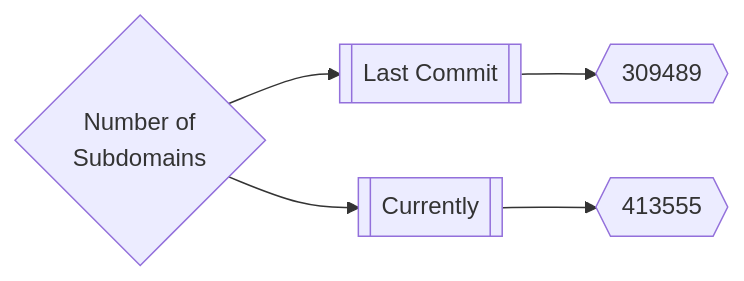
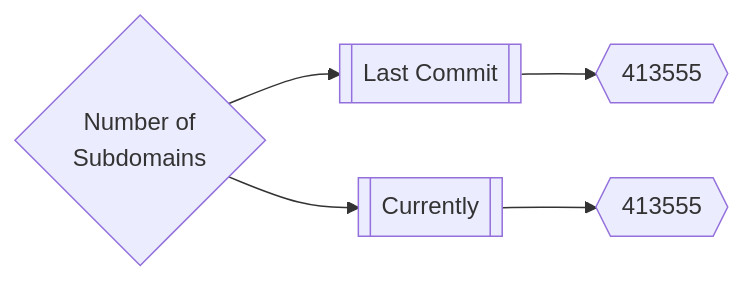
The first of 3 diagrams in README.md (trickest/inventory), drawn with Mermaid before and after one commit.

Commit message:
Update Fri Mar 11 22:42:24 UTC 2022

````diff
--- a/README.md
+++ b/README.md
@@ -165,5 +165,5 @@
 ```mermaid
 graph LR
-title{Number of<br>Subdomains} --> subdomainsDate1[[Last Commit]] --> subdomainsNum1{{309489}}
+title{Number of<br>Subdomains} --> subdomainsDate1[[Last Commit]] --> subdomainsNum1{{413555}}
 title --> subdomainsDate2[[Currently]] --> subdomainsNum2{{413555}}
 ```
````
